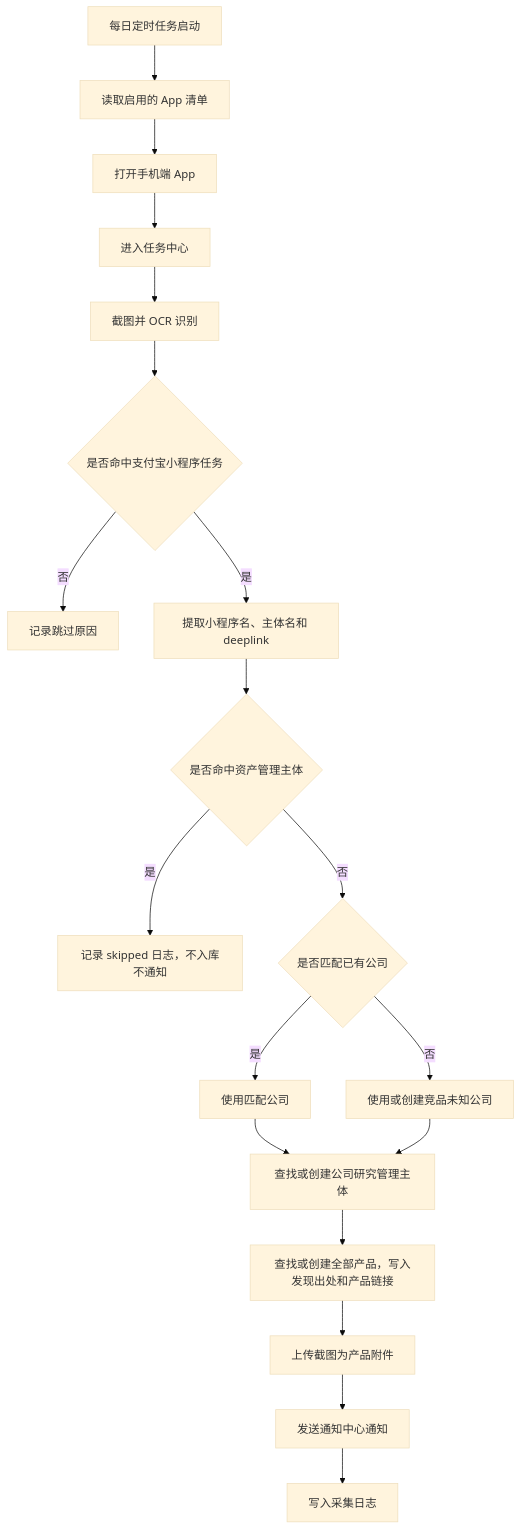
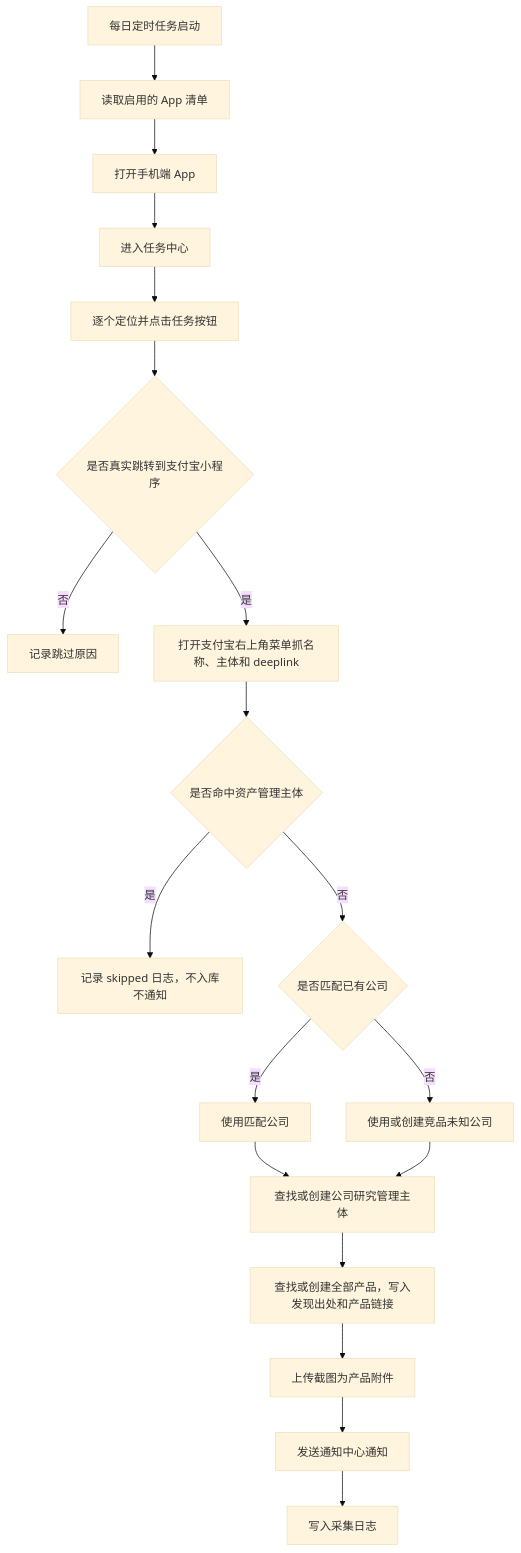
One commit to hausenchan/Relation changed the diagram in 手机端任务中心采集入库PRD.md. Above: the diagram before and after it, drawn with Mermaid (base theme). The commit also changed other lines of this file and 16 other files, not shown here.

````diff
--- a/手机端任务中心采集入库PRD.md
+++ b/手机端任务中心采集入库PRD.md
@@ -255,21 +260,21 @@
 ```mermaid
 flowchart TD
   A["每日定时任务启动"] --> B["读取启用的 App 清单"]
   B --> C["打开手机端 App"]
   C --> D["进入任务中心"]
-  D --> E["截图并 OCR 识别"]
-  E --> F{"是否命中支付宝小程序任务"}
+  D --> E["逐个定位并点击任务按钮"]
+  E --> F{"是否真实跳转到支付宝小程序"}
   F -- "否" --> G["记录跳过原因"]
-  F -- "是" --> H["提取小程序名、主体名和 deeplink"]
+  F -- "是" --> H["打开支付宝右上角菜单抓名称、主体和 deeplink"]
   H --> I{"是否命中资产管理主体"}
   I -- "是" --> J["记录 skipped 日志，不入库不通知"]
   I -- "否" --> K{"是否匹配已有公司"}
   K -- "是" --> L["使用匹配公司"]
   K -- "否" --> M["使用或创建竞品未知公司"]
   L --> N["查找或创建公司研究管理主体"]
   M --> N
   N --> O["查找或创建全部产品，写入发现出处和产品链接"]
   O --> P["上传截图为产品附件"]
   P --> Q["发送通知中心通知"]
   Q --> R["写入采集日志"]
 ```
````
